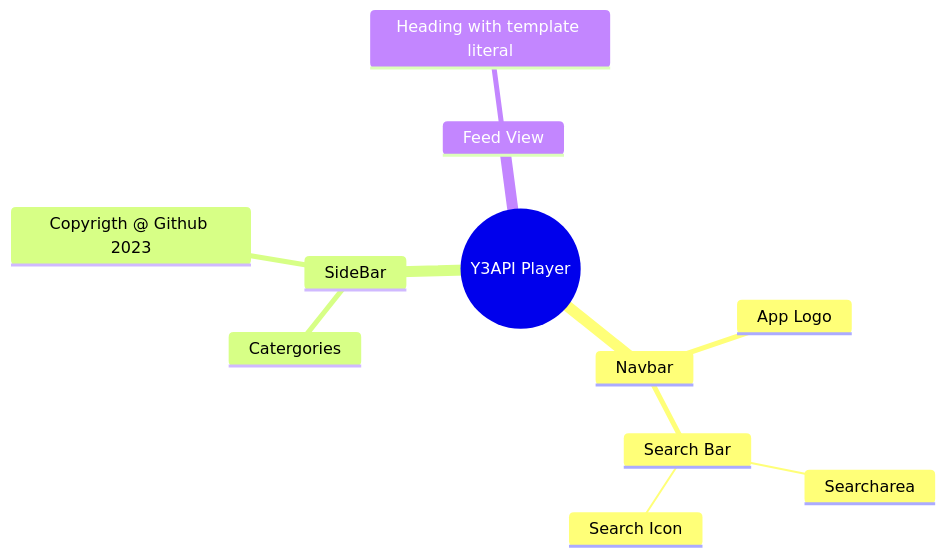
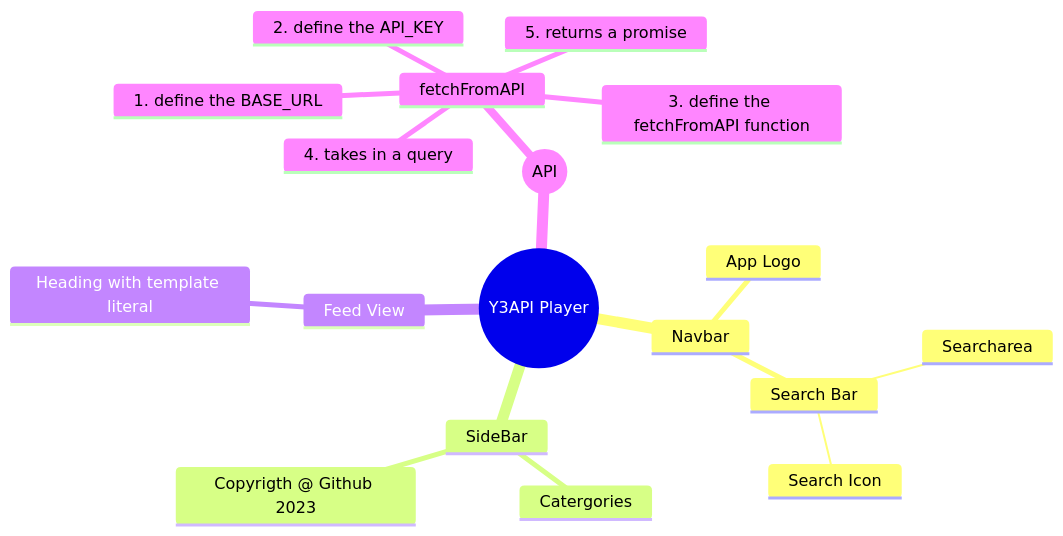
One commit to mailforwork/youtube-clone changed the diagram in README.mmd. Above: the diagram before and after it, drawn with Mermaid. The commit also changed other lines of this file and 2 other files, not shown here.

```diff
--- a/README.mmd
+++ b/README.mmd
@@ -1,13 +1,22 @@
 
 mindmap
   root((Y3API Player))
     Navbar
      App Logo 
      Search Bar  
       Searcharea
       Search Icon
     SideBar
       Catergories
       Copyrigth @ Github 2023
     Feed View
       Heading with template literal
+
+
+   root((API))
+    fetchFromAPI
+     1. define the BASE_URL
+     2. define the API_KEY
+     3. define the fetchFromAPI function
+     4. takes in a query
+     5. returns a promise
```
